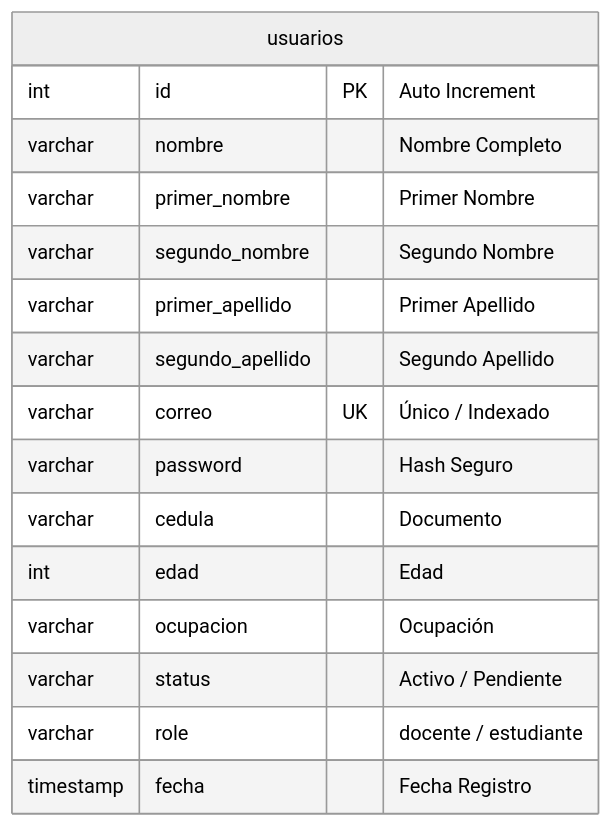
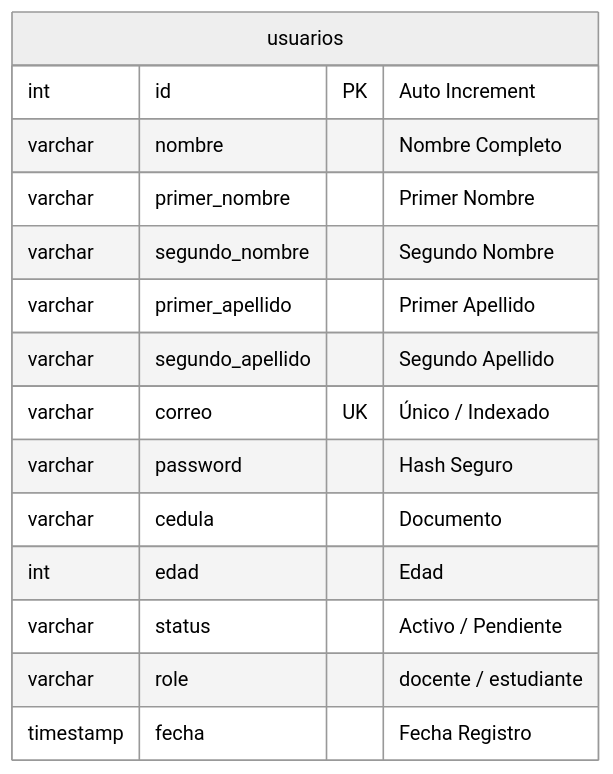
Before and after one commit to andresingenieroinformatico/SistemaRegistro: the first of 3 diagrams in README.md, drawn with Mermaid (neutral theme). The commit also changed other lines of this file and 6 other files, not shown here.

````diff
--- a/README.md
+++ b/README.md
@@ -23,19 +23,18 @@
 ```mermaid
 erDiagram
     usuarios {
         int id PK "Auto Increment"
         varchar nombre "Nombre Completo"
         varchar primer_nombre "Primer Nombre"
         varchar segundo_nombre "Segundo Nombre"
         varchar primer_apellido "Primer Apellido"
         varchar segundo_apellido "Segundo Apellido"
         varchar correo UK "Único / Indexado"
         varchar password "Hash Seguro"
         varchar cedula "Documento"
         int edad "Edad"
-        varchar ocupacion "Ocupación"
         varchar status "Activo / Pendiente"
         varchar role "docente / estudiante"
         timestamp fecha "Fecha Registro"
     }
 ```
````
